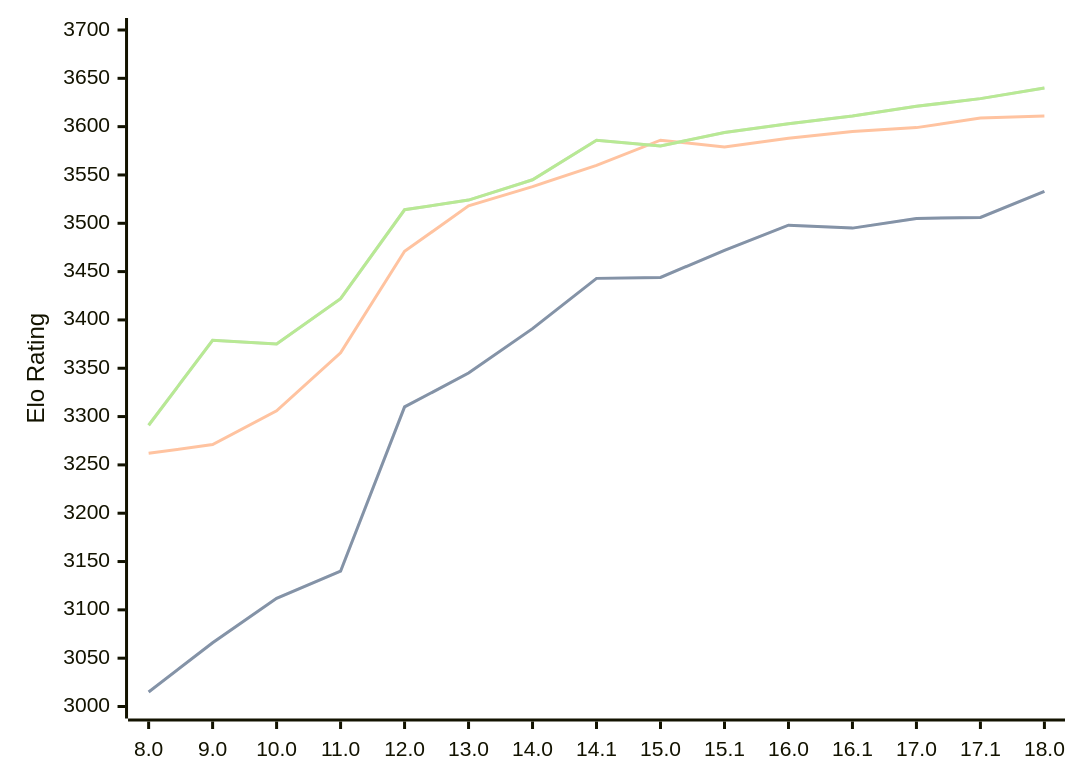
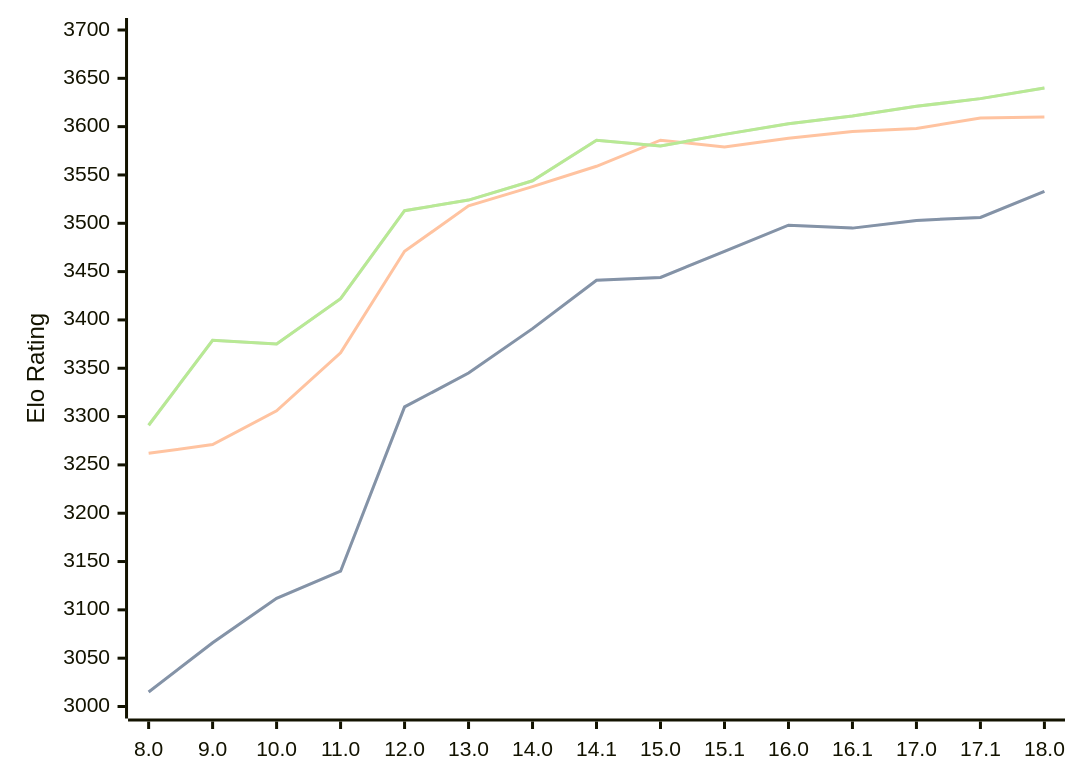
One commit to computer-chess-index/cci changed the diagram in engines/Stockfish.md. Above: the diagram before and after it, drawn with Mermaid. The commit also changed other lines of this file, not shown here.

Commit message:
Update CCI Ratings (ELO VLTC) - 2026-03-24

````diff
--- a/engines/Stockfish.md
+++ b/engines/Stockfish.md
@@ -46,11 +46,11 @@
 ```mermaid
 %%{init: {"theme":"base","themeVariables":{"seriesColors:['#a3a3a3','#222221','#faa371']}}}%%
 xychart-beta
   x-axis ["8.0", "9.0", "10.0", "11.0", "12.0", "13.0", "14.0", "14.1", "15.0", "15.1", "16.0", "16.1", "17.0", "17.1", "18.0"]
   y-axis "Elo Rating" 3000 --> 3700
-  line "STC (8.0+0.08s)" [3015, 3066, 3112, 3140, 3310, 3345, 3391, 3443, 3444, 3472, 3498, 3495, 3505, 3506, 3533]
-  line "STC (8.0+0.08s)" [3015, 3066, 3112, 3140, 3310, 3345, 3391, 3443, 3444, 3472, 3498, 3495, 3505, 3506, 3533]
-  line "LTC (60.0+0.60s)" [3262, 3271, 3306, 3366, 3471, 3518, 3538, 3560, 3586, 3579, 3588, 3595, 3599, 3609, 3611]
-  line "VLTC (2m24s+1.12s)" [3291, 3379, 3375, 3422, 3514, 3524, 3545, 3586, 3580, 3594, 3603, 3611, 3621, 3629, 3640]
-  line "VLTC (2m24s+1.12s)" [3291, 3379, 3375, 3422, 3514, 3524, 3545, 3586, 3580, 3594, 3603, 3611, 3621, 3629, 3640]
+  line "STC (8.0+0.08s)" [3015, 3066, 3112, 3140, 3310, 3345, 3391, 3441, 3444, 3471, 3498, 3495, 3503, 3506, 3533]
+  line "STC (8.0+0.08s)" [3015, 3066, 3112, 3140, 3310, 3345, 3391, 3441, 3444, 3471, 3498, 3495, 3503, 3506, 3533]
+  line "LTC (60.0+0.60s)" [3262, 3271, 3306, 3366, 3471, 3518, 3538, 3559, 3586, 3579, 3588, 3595, 3598, 3609, 3610]
+  line "VLTC (2m24s+1.12s)" [3291, 3379, 3375, 3422, 3513, 3524, 3544, 3586, 3580, 3592, 3603, 3611, 3621, 3629, 3640]
+  line "VLTC (2m24s+1.12s)" [3291, 3379, 3375, 3422, 3513, 3524, 3544, 3586, 3580, 3592, 3603, 3611, 3621, 3629, 3640]
 ```
````
